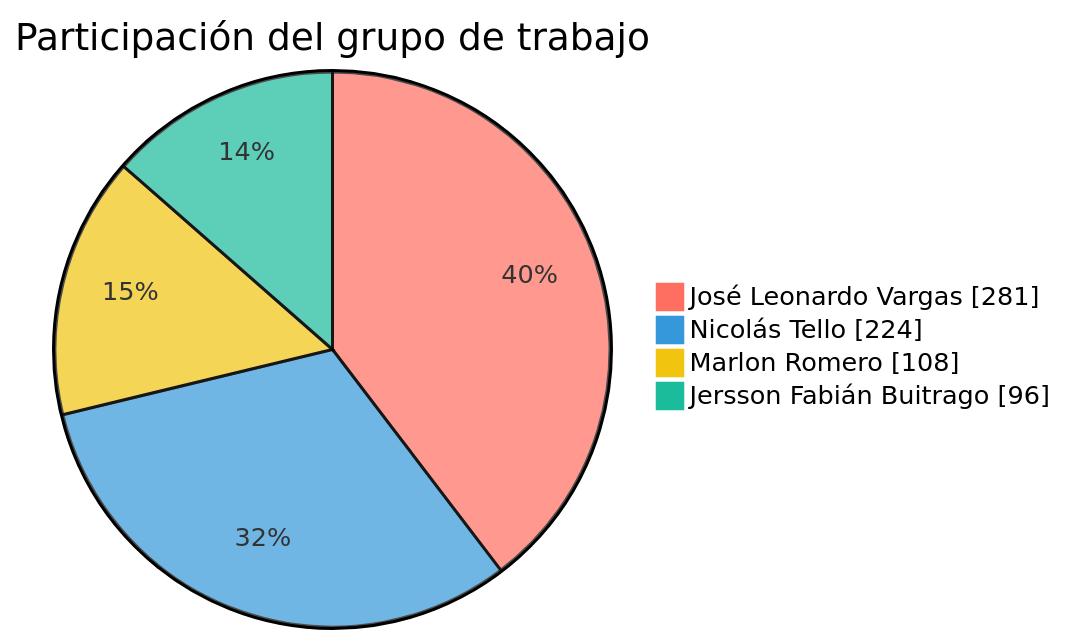
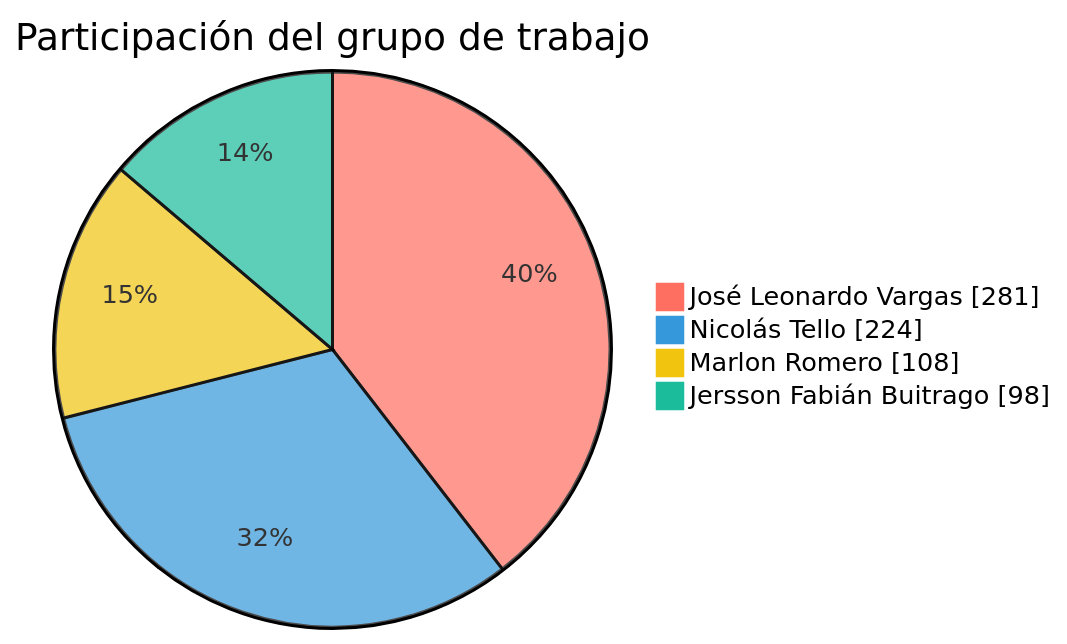
One commit to FarmaExpres/FarmaExpres changed the first of 2 diagrams in README.md. Above: the diagram before and after it, drawn with Mermaid. The commit also changed other lines of this file and 1 other file, not shown here.

````diff
--- a/README.md
+++ b/README.md
@@ -391,9 +391,9 @@
 ```mermaid
 %%{init: {"themeVariables": {"pie1": "#ff6f61", "pie2": "#3498db", "pie3": "#f1c40f", "pie4": "#1abc9c", "pieLabelColor": "#000000", "pieLabelFontSize": "24px", "pieLabelFontWeight": "700"}}}%%
 pie showData
     title Participación del grupo de trabajo
     "José Leonardo Vargas" : 281
     "Nicolás Tello" : 224
     "Marlon Romero" : 108
-    "Jersson Fabián Buitrago" : 96
+    "Jersson Fabián Buitrago" : 98
 ```
````
